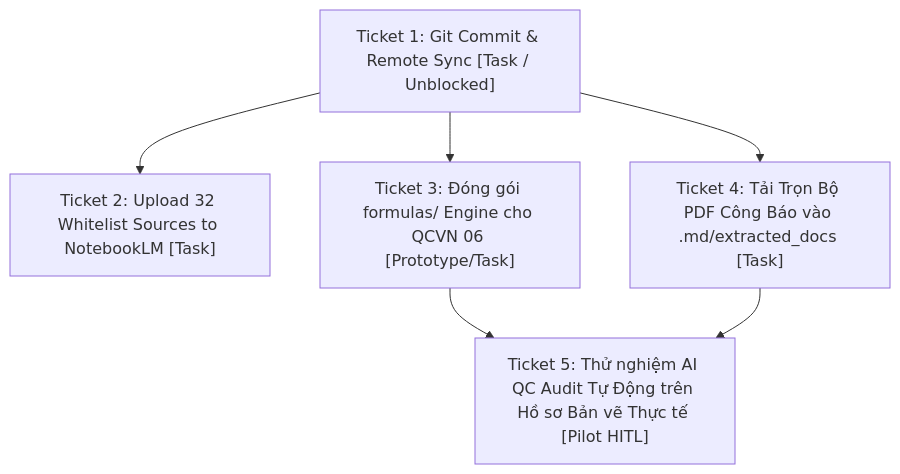
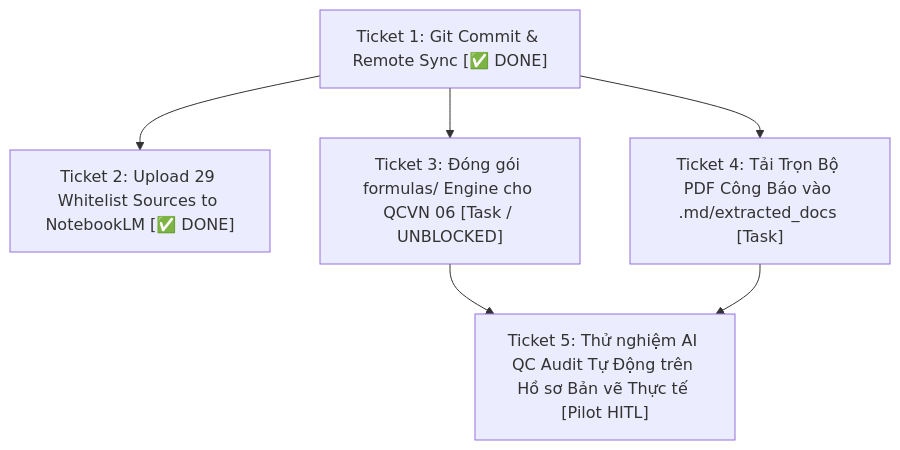
One commit to vvChu/ccba-legal-knowledge changed the diagram in .md/knowledge/issues/legal_spoke_wayfinder_map.md. Above: the diagram before and after it, drawn with Mermaid. The commit also changed other lines of this file and 1 other file, not shown here.

Commit message:
docs(wayfinder): mark ticket 2 complete after live notebooklm sync and rag verification

````diff
--- a/.md/knowledge/issues/legal_spoke_wayfinder_map.md
+++ b/.md/knowledge/issues/legal_spoke_wayfinder_map.md
@@ -47,7 +47,7 @@
 ```mermaid
 flowchart TD
-    T1["Ticket 1: Git Commit & Remote Sync [Task / Unblocked]"] --> T2["Ticket 2: Upload 32 Whitelist Sources to NotebookLM [Task]"]
-    T1 --> T3["Ticket 3: Đóng gói formulas/ Engine cho QCVN 06 [Prototype/Task]"]
+    T1["Ticket 1: Git Commit & Remote Sync [✅ DONE]"] --> T2["Ticket 2: Upload 29 Whitelist Sources to NotebookLM [✅ DONE]"]
+    T1 --> T3["Ticket 3: Đóng gói formulas/ Engine cho QCVN 06 [Task / UNBLOCKED]"]
     T1 --> T4["Ticket 4: Tải Trọn Bộ PDF Công Báo vào .md/extracted_docs [Task]"]
     T3 & T4 --> T5["Ticket 5: Thử nghiệm AI QC Audit Tự Động trên Hồ sơ Bản vẽ Thực tế [Pilot HITL]"]
 ```
````
